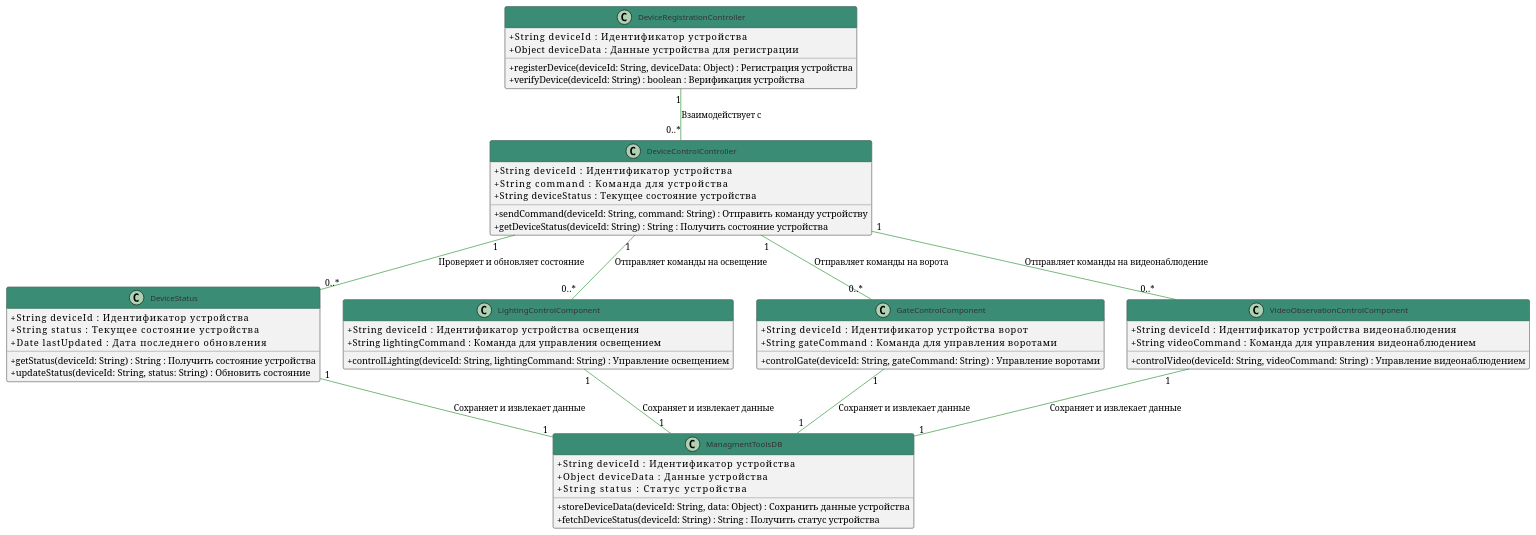
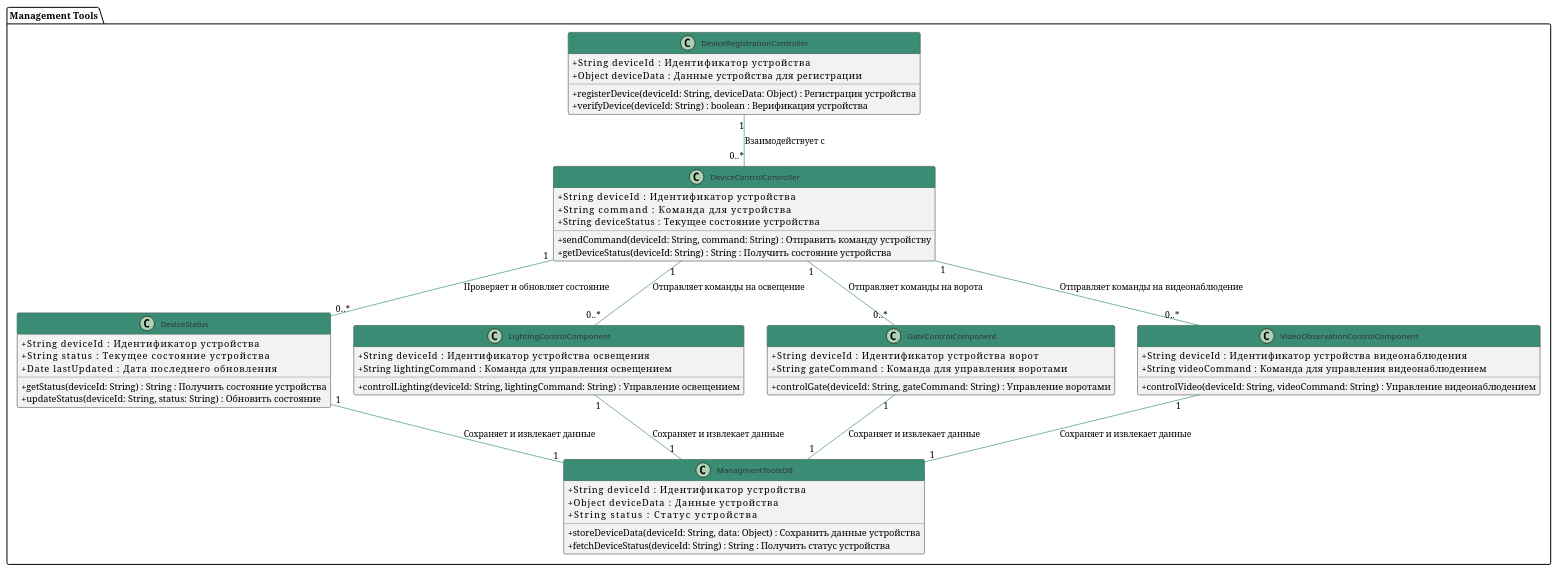
One commit to laksan1/architecture-sprint-3 changed the diagram in diagrams/task_2/task_2_c4_code.puml. Above: the diagram before and after it, drawn with PlantUML.

Commit message:
c4 code version 1.1

```diff
--- a/diagrams/task_2/task_2_c4_code.puml
+++ b/diagrams/task_2/task_2_c4_code.puml
@@ -1,75 +1,76 @@
 @startuml
-' Определение компонентов с более детализированными свойствами и методами
-
+' Настройки для улучшенного визуального восприятия
 skinparam classAttributeIconSize 0
 skinparam classFontSize 12
 skinparam classFontName "Arial"
 skinparam classBackgroundColor #f2f2f2
 skinparam classBorderColor #555555
-skinparam classArrowColor #319439
+skinparam classArrowColor #3A8C74
 skinparam classHeaderFontColor #ffffff
 skinparam classHeaderBackgroundColor #3A8C74
 skinparam classFontColor #333333
 
-class DeviceRegistrationController {
-  +String deviceId                : Идентификатор устройства
-  +Object deviceData              : Данные устройства для регистрации
-  +registerDevice(deviceId: String, deviceData: Object) : Регистрация устройства
-  +verifyDevice(deviceId: String) : boolean : Верификация устройства
-}
+' Контейнеры
+package "Management Tools" {
+  class DeviceRegistrationController {
+    +String deviceId                : Идентификатор устройства
+    +Object deviceData              : Данные устройства для регистрации
+    +registerDevice(deviceId: String, deviceData: Object) : Регистрация устройства
+    +verifyDevice(deviceId: String) : boolean : Верификация устройства
+  }
 
-class DeviceControlController {
-  +String deviceId                : Идентификатор устройства
-  +String command                 : Команда для устройства
-  +String deviceStatus            : Текущее состояние устройства
-  +sendCommand(deviceId: String, command: String) : Отправить команду устройству
-  +getDeviceStatus(deviceId: String) : String : Получить состояние устройства
-}
+  class DeviceControlController {
+    +String deviceId                : Идентификатор устройства
+    +String command                 : Команда для устройства
+    +String deviceStatus            : Текущее состояние устройства
+    +sendCommand(deviceId: String, command: String) : Отправить команду устройству
+    +getDeviceStatus(deviceId: String) : String : Получить состояние устройства
+  }
 
-class DeviceStatus {
-  +String deviceId                : Идентификатор устройства
-  +String status                  : Текущее состояние устройства
-  +Date lastUpdated               : Дата последнего обновления
-  +getStatus(deviceId: String) : String : Получить состояние устройства
-  +updateStatus(deviceId: String, status: String) : Обновить состояние
-}
+  class DeviceStatus {
+    +String deviceId                : Идентификатор устройства
+    +String status                  : Текущее состояние устройства
+    +Date lastUpdated               : Дата последнего обновления
+    +getStatus(deviceId: String) : String : Получить состояние устройства
+    +updateStatus(deviceId: String, status: String) : Обновить состояние
+  }
 
-class LightingControlComponent {
-  +String deviceId                : Идентификатор устройства освещения
-  +String lightingCommand         : Команда для управления освещением
-  +controlLighting(deviceId: String, lightingCommand: String) : Управление освещением
-}
+  class LightingControlComponent {
+    +String deviceId                : Идентификатор устройства освещения
+    +String lightingCommand         : Команда для управления освещением
+    +controlLighting(deviceId: String, lightingCommand: String) : Управление освещением
+  }
 
-class GateControlComponent {
-  +String deviceId                : Идентификатор устройства ворот
-  +String gateCommand             : Команда для управления воротами
-  +controlGate(deviceId: String, gateCommand: String) : Управление воротами
-}
+  class GateControlComponent {
+    +String deviceId                : Идентификатор устройства ворот
+    +String gateCommand             : Команда для управления воротами
+    +controlGate(deviceId: String, gateCommand: String) : Управление воротами
+  }
 
-class VideoObservationControlComponent {
-  +String deviceId                : Идентификатор устройства видеонаблюдения
-  +String videoCommand            : Команда для управления видеонаблюдением
-  +controlVideo(deviceId: String, videoCommand: String) : Управление видеонаблюдением
-}
+  class VideoObservationControlComponent {
+    +String deviceId                : Идентификатор устройства видеонаблюдения
+    +String videoCommand            : Команда для управления видеонаблюдением
+    +controlVideo(deviceId: String, videoCommand: String) : Управление видеонаблюдением
+  }
 
-class ManagmentToolsDB {
-  +String deviceId                : Идентификатор устройства
-  +Object deviceData              : Данные устройства
-  +String status                  : Статус устройства
-  +storeDeviceData(deviceId: String, data: Object) : Сохранить данные устройства
-  +fetchDeviceStatus(deviceId: String) : String : Получить статус устройства
+  class ManagmentToolsDB {
+    +String deviceId                : Идентификатор устройства
+    +Object deviceData              : Данные устройства
+    +String status                  : Статус устройства
+    +storeDeviceData(deviceId: String, data: Object) : Сохранить данные устройства
+    +fetchDeviceStatus(deviceId: String) : String : Получить статус устройства
+  }
 }
 
 ' Связи между компонентами
-
 DeviceRegistrationController "1" -- "0..*" DeviceControlController : Взаимодействует с
 DeviceControlController "1" -- "0..*" DeviceStatus : Проверяет и обновляет состояние
 DeviceControlController "1" -- "0..*" LightingControlComponent : Отправляет команды на освещение
 DeviceControlController "1" -- "0..*" GateControlComponent : Отправляет команды на ворота
 DeviceControlController "1" -- "0..*" VideoObservationControlComponent : Отправляет команды на видеонаблюдение
 DeviceStatus "1" -- "1" ManagmentToolsDB : Сохраняет и извлекает данные
 LightingControlComponent "1" -- "1" ManagmentToolsDB : Сохраняет и извлекает данные
 GateControlComponent "1" -- "1" ManagmentToolsDB : Сохраняет и извлекает данные
 VideoObservationControlComponent "1" -- "1" ManagmentToolsDB : Сохраняет и извлекает данные
 
 @enduml
```
